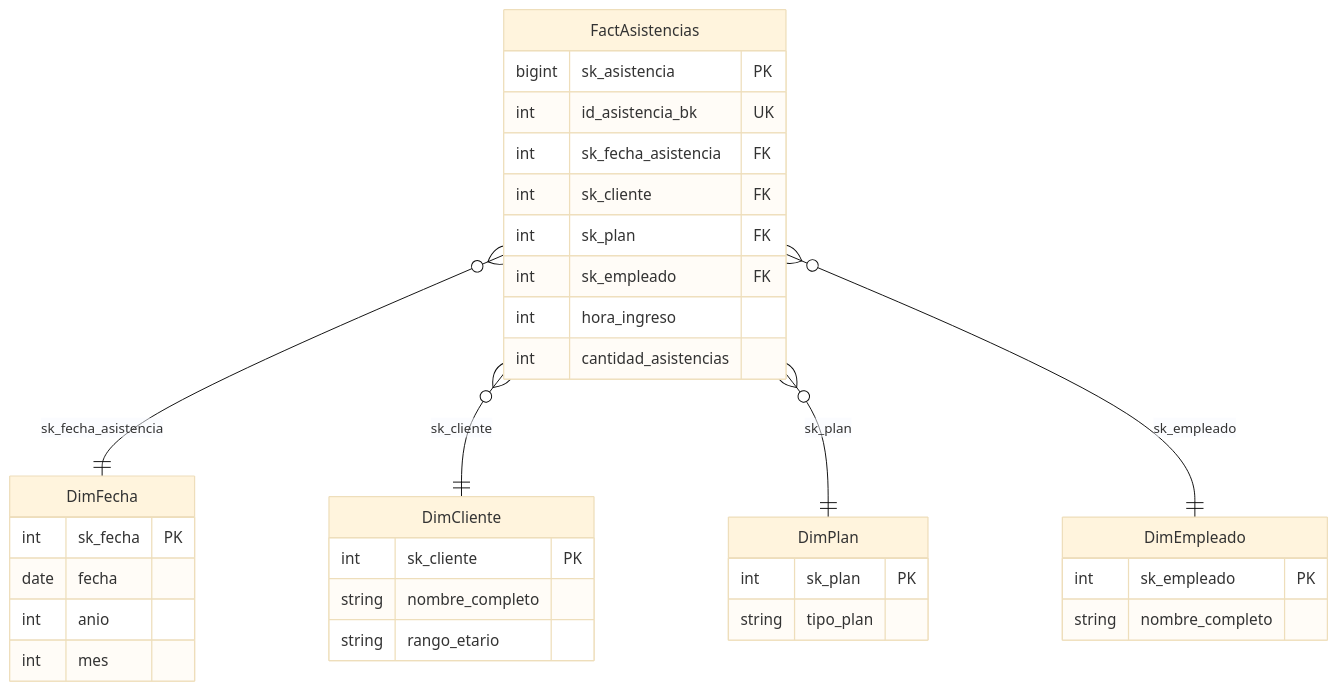
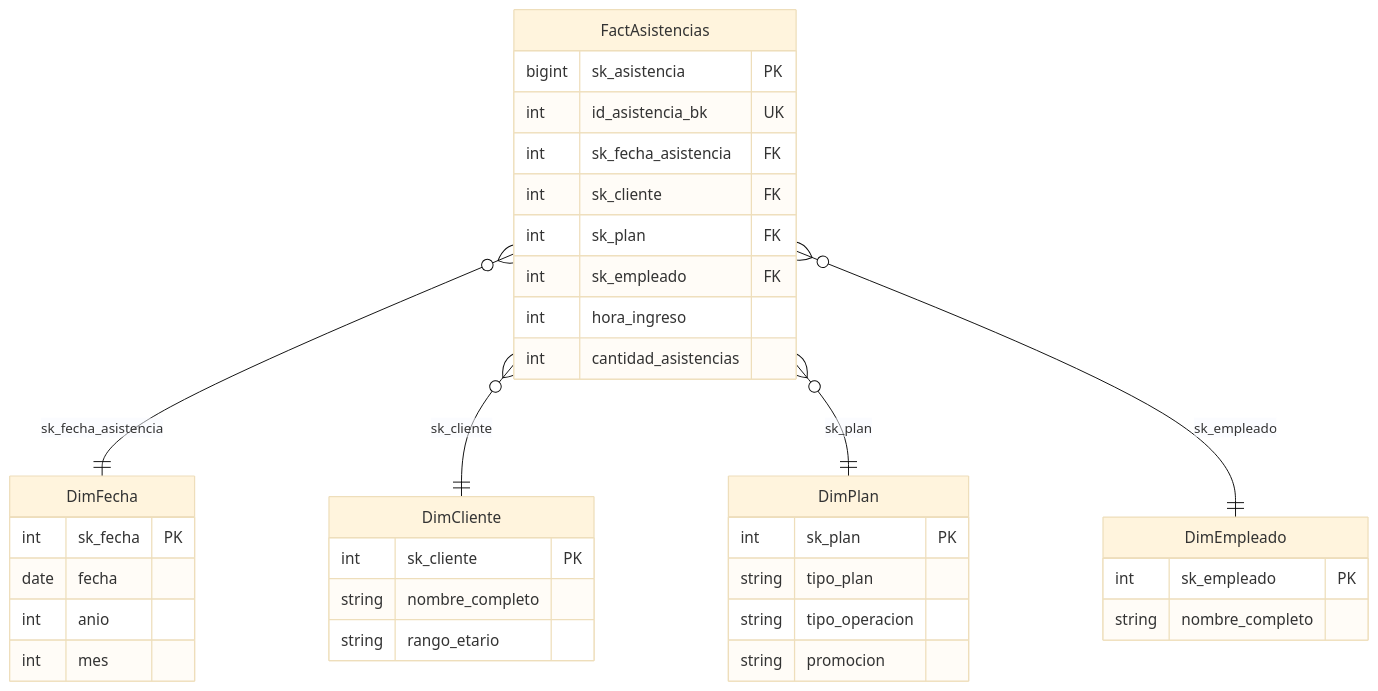
The sixth of 13 diagrams in README.md (leroy-s2/vip-center-fit-bi), drawn with Mermaid (base theme) before and after one commit. The commit also changed other lines of this file and 13 other files, not shown here.

````diff
--- a/README.md
+++ b/README.md
@@ -326,36 +327,38 @@
 ```mermaid
 erDiagram
   FactAsistencias {
     bigint sk_asistencia PK
     int id_asistencia_bk UK
     int sk_fecha_asistencia FK
     int sk_cliente FK
     int sk_plan FK
     int sk_empleado FK
     int hora_ingreso
     int cantidad_asistencias
   }
   DimFecha {
     int sk_fecha PK
     date fecha
     int anio
     int mes
   }
   DimCliente {
     int sk_cliente PK
     string nombre_completo
     string rango_etario
   }
   DimPlan {
     int sk_plan PK
     string tipo_plan
+    string tipo_operacion
+    string promocion
   }
   DimEmpleado {
     int sk_empleado PK
     string nombre_completo
   }
   FactAsistencias }o--|| DimFecha : "sk_fecha_asistencia"
   FactAsistencias }o--|| DimCliente : "sk_cliente"
   FactAsistencias }o--|| DimPlan : "sk_plan"
   FactAsistencias }o--|| DimEmpleado : "sk_empleado"
 ```
````
